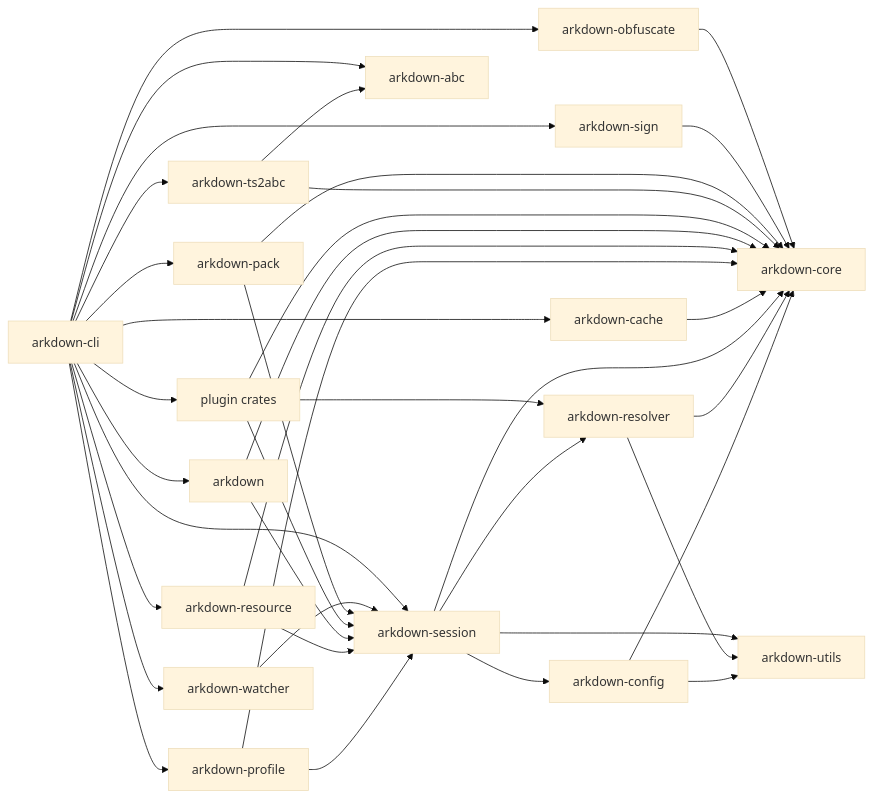
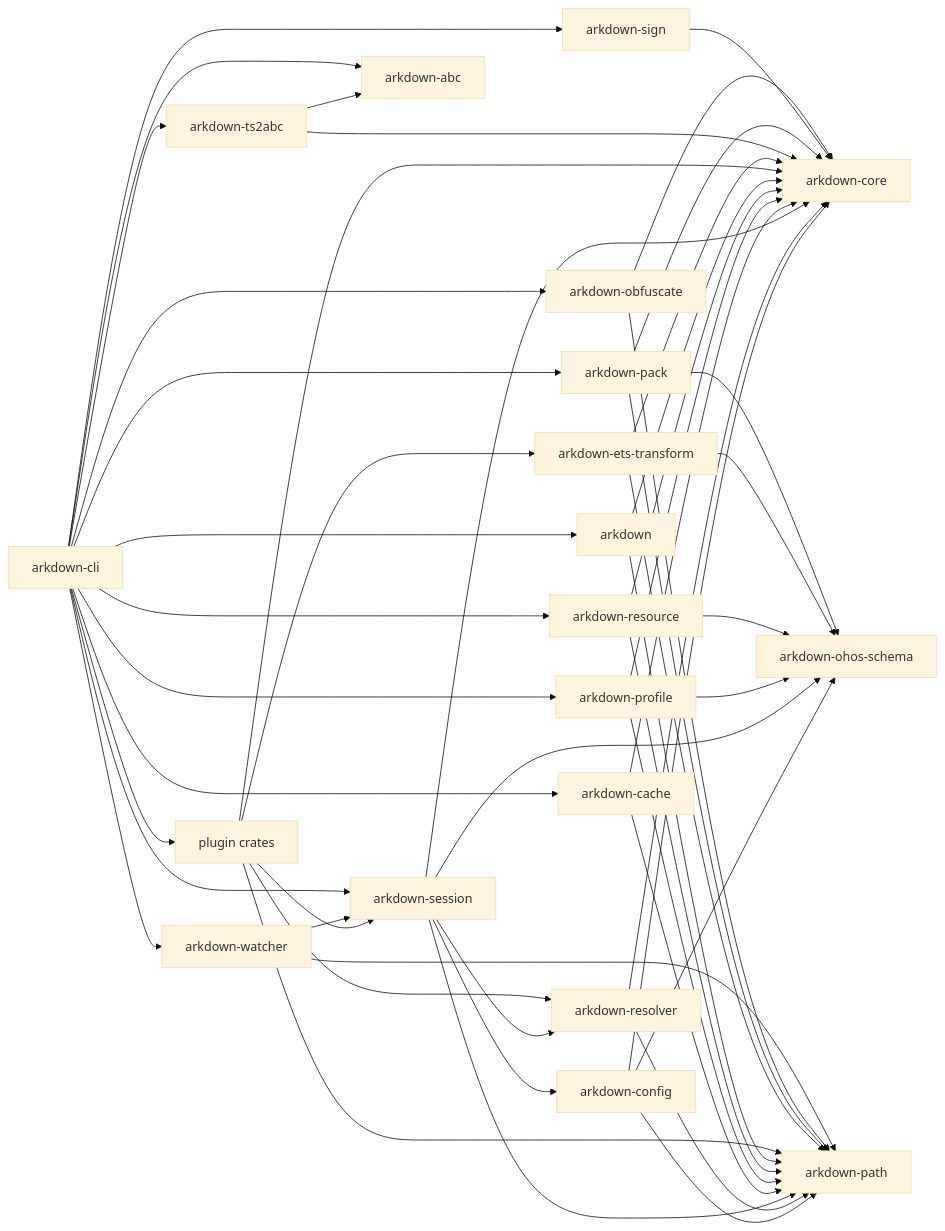
The fourth of 4 diagrams in meta/tasks/SPEC-048-build-session-architecture-refactor.md (richerfu/arkdown), drawn with Mermaid (base theme) before and after one commit. The commit also changed other lines of this file and 1 other file, not shown here.

````diff
--- a/meta/tasks/SPEC-048-build-session-architecture-refactor.md
+++ b/meta/tasks/SPEC-048-build-session-architecture-refactor.md
@@ -1775,58 +2103,73 @@
 ```mermaid
 flowchart LR
     CORE[arkdown-core]
-    UTILS[arkdown-utils]
+    PATH[arkdown-path]
+    SCHEMA[arkdown-ohos-schema]
     CONFIG[arkdown-config]
     RESOLVER[arkdown-resolver]
     SESSION[arkdown-session]
     CACHE[arkdown-cache]
     PROFILE[arkdown-profile]
     RESOURCE[arkdown-resource]
     BUNDLER[arkdown]
     ABC[arkdown-abc]
     TS2ABC[arkdown-ts2abc]
     PACK[arkdown-pack]
     SIGN[arkdown-sign]
     OBF[arkdown-obfuscate]
+    ETSCORE[arkdown-ets-transform]
     WATCH[arkdown-watcher]
     CLI[arkdown-cli]
     PLUGINS[plugin crates]
 
     CONFIG --> CORE
-    CONFIG --> UTILS
+    CONFIG --> PATH
+    CONFIG --> SCHEMA
     RESOLVER --> CORE
-    RESOLVER --> UTILS
+    RESOLVER --> PATH
     SESSION --> CORE
+    SESSION --> PATH
+    SESSION --> SCHEMA
     SESSION --> CONFIG
     SESSION --> RESOLVER
-    SESSION --> UTILS
     CACHE --> CORE
+    CACHE --> PATH
     PROFILE --> CORE
-    PROFILE --> SESSION
+    PROFILE --> PATH
+    PROFILE --> SCHEMA
     RESOURCE --> CORE
-    RESOURCE --> SESSION
+    RESOURCE --> PATH
+    RESOURCE --> SCHEMA
     BUNDLER --> CORE
-    BUNDLER --> SESSION
+    BUNDLER --> PATH
     PLUGINS --> CORE
+    PLUGINS --> PATH
     PLUGINS --> SESSION
     PLUGINS --> RESOLVER
+    PLUGINS --> ETSCORE
+    ETSCORE --> CORE
+    ETSCORE --> PATH
+    ETSCORE --> SCHEMA
     TS2ABC --> ABC
     TS2ABC --> CORE
     PACK --> CORE
-    PACK --> SESSION
+    PACK --> PATH
+    PACK --> SCHEMA
     SIGN --> CORE
     OBF --> CORE
+    OBF --> PATH
     WATCH --> SESSION
+    WATCH --> PATH
     CLI --> SESSION
     CLI --> CACHE
     CLI --> PROFILE
     CLI --> RESOURCE
     CLI --> BUNDLER
     CLI --> PLUGINS
     CLI --> TS2ABC
     CLI --> ABC
     CLI --> PACK
     CLI --> SIGN
     CLI --> OBF
     CLI --> WATCH
 ```
````
